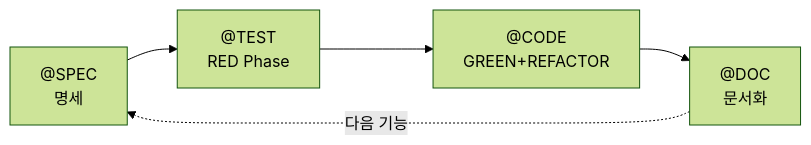
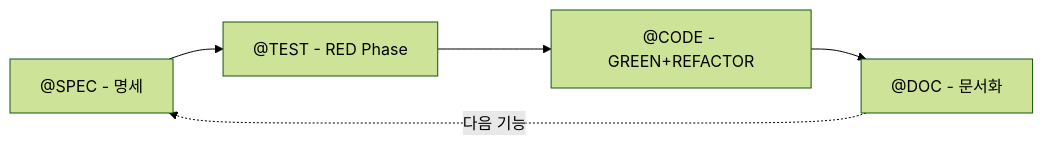
One commit to modu-ai/moai-adk changed the second of 6 diagrams in docs/claude/agents/tag-agent.md. Above: the diagram before and after it, drawn with Mermaid (forest theme). The commit also changed other lines of this file and 447 other files, not shown here.

````diff
--- a/docs/claude/agents/tag-agent.md
+++ b/docs/claude/agents/tag-agent.md
@@ -76,8 +76,8 @@
 ```mermaid
 graph LR
-    A["@SPEC<br/>명세"] --> B["@TEST<br/>RED Phase"]
-    B --> C["@CODE<br/>GREEN+REFACTOR"]
-    C --> D["@DOC<br/>문서화"]
+    A["@SPEC - 명세"] --> B["@TEST - RED Phase"]
+    B --> C["@CODE - GREEN+REFACTOR"]
+    C --> D["@DOC - 문서화"]
     D -.->|다음 기능| A
 
 ```
````
